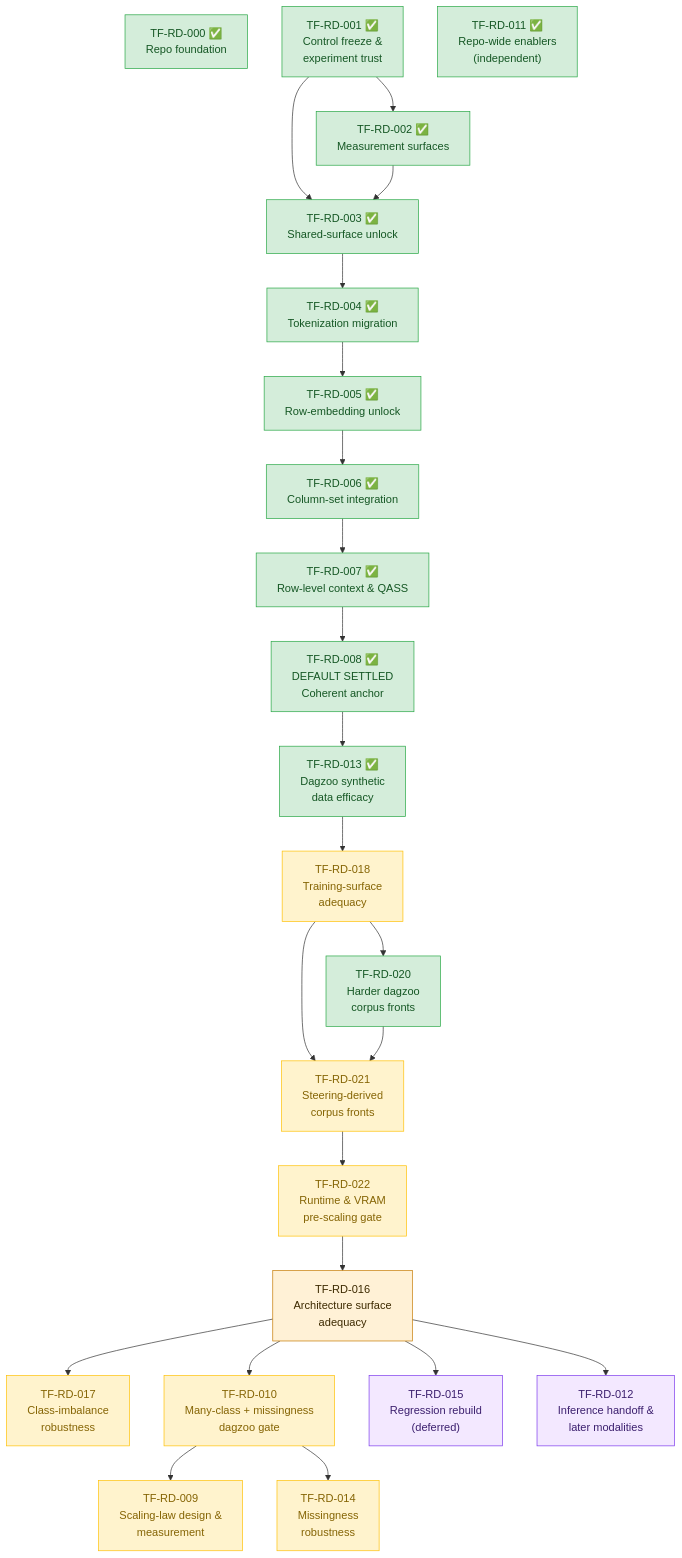
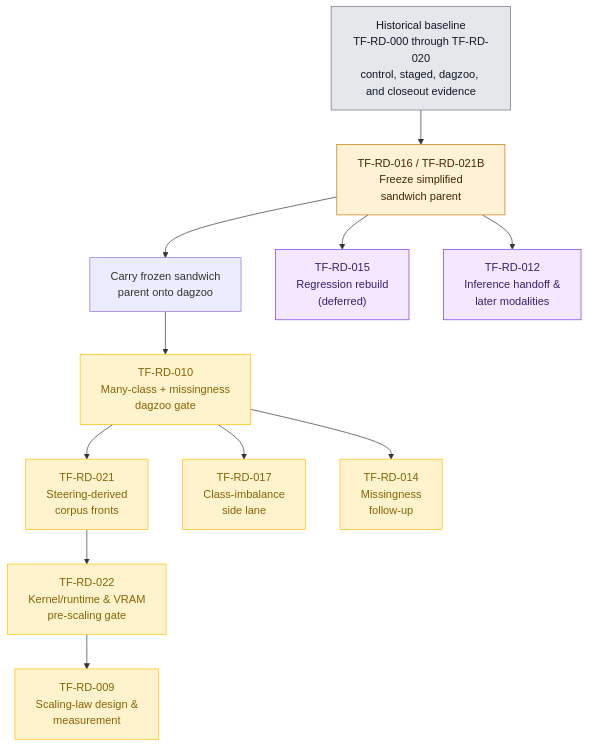
Before and after one commit to bensonlee5/tab-foundry: the diagram in docs/development/roadmap.md, drawn with Mermaid. The commit also changed other lines of this file and 8 other files, not shown here.

Commit message:
refresh roadmap and update model architecture pages

````diff
--- a/docs/development/roadmap.md
+++ b/docs/development/roadmap.md
@@ -185,60 +150,35 @@
 ```mermaid
 flowchart TD
-    RD000["TF-RD-000 ✅<br/>Repo foundation"]
-
-    RD001["TF-RD-001 ✅<br/>Control freeze &<br/>experiment trust"]
-    RD002["TF-RD-002 ✅<br/>Measurement surfaces"]
-    RD011["TF-RD-011 ✅<br/>Repo-wide enablers<br/>(independent)"]
-
-    RD003["TF-RD-003 ✅<br/>Shared-surface unlock"]
-    RD004["TF-RD-004 ✅<br/>Tokenization migration"]
-    RD005["TF-RD-005 ✅<br/>Row-embedding unlock"]
-    RD006["TF-RD-006 ✅<br/>Column-set integration"]
-    RD007["TF-RD-007 ✅<br/>Row-level context & QASS"]
-    RD008["TF-RD-008 ✅<br/>DEFAULT SETTLED<br/>Coherent anchor"]
-    RD013["TF-RD-013 ✅<br/>Dagzoo synthetic<br/>data efficacy"]
-    RD018["TF-RD-018<br/>Training-surface<br/>adequacy"]
-    RD020["TF-RD-020<br/>Harder dagzoo<br/>corpus fronts"]
+    HIST["Historical baseline<br/>TF-RD-000 through TF-RD-020<br/>control, staged, dagzoo, and closeout evidence"]
+    RD016["TF-RD-016 / TF-RD-021B<br/>Freeze simplified<br/>sandwich parent"]
+    DAG["Carry frozen sandwich<br/>parent onto dagzoo"]
+    RD010["TF-RD-010<br/>Many-class + missingness<br/>dagzoo gate"]
     RD021["TF-RD-021<br/>Steering-derived<br/>corpus fronts"]
-    RD022["TF-RD-022<br/>Runtime & VRAM<br/>pre-scaling gate"]
-    RD014["TF-RD-014<br/>Missingness<br/>robustness"]
-    RD017["TF-RD-017<br/>Class-imbalance<br/>robustness"]
-    RD016["TF-RD-016<br/>Architecture surface<br/>adequacy"]
-    RD010["TF-RD-010<br/>Many-class + missingness<br/>dagzoo gate"]
+    RD017["TF-RD-017<br/>Class-imbalance<br/>side lane"]
+    RD022["TF-RD-022<br/>Kernel/runtime & VRAM<br/>pre-scaling gate"]
+    RD014["TF-RD-014<br/>Missingness<br/>follow-up"]
     RD015["TF-RD-015<br/>Regression rebuild<br/>(deferred)"]
     RD012["TF-RD-012<br/>Inference handoff &<br/>later modalities"]
     RD009["TF-RD-009<br/>Scaling-law design &<br/>measurement"]
 
-    RD001 --> RD002
-    RD001 --> RD003
-    RD002 --> RD003
-    RD003 --> RD004
-    RD004 --> RD005
-    RD005 --> RD006
-    RD006 --> RD007
-    RD007 --> RD008
-    RD008 --> RD013
-    RD013 --> RD018
-    RD018 --> RD020
-    RD018 --> RD021
-    RD020 --> RD021
+    HIST --> RD016
+    RD016 --> DAG
+    DAG --> RD010
+    RD010 --> RD021
+    RD010 --> RD014
+    RD010 --> RD017
     RD021 --> RD022
-    RD022 --> RD016
-    RD016 --> RD010
-    RD010 --> RD009
-    RD010 --> RD014
-    RD016 --> RD017
+    RD022 --> RD009
     RD016 --> RD015
     RD016 --> RD012
 
-    classDef done fill:#d4edda,stroke:#28a745,color:#155724;
+    classDef hist fill:#e5e7eb,stroke:#6b7280,color:#111827;
     classDef readyNow fill:#fff3cd,stroke:#ffc107,color:#856404;
-    classDef now fill:#fce4ec,stroke:#e91e63,color:#880e4f;
     classDef gate fill:#fff1d6,stroke:#c67a00,color:#3d2a00;
     classDef later fill:#f3e8ff,stroke:#7c3aed,color:#3b1f6e;
 
-    class RD000,RD001,RD002,RD003,RD004,RD005,RD006,RD007,RD008,RD011,RD013,RD020 done;
-    class RD009,RD018,RD021,RD022,RD014,RD017,RD010 readyNow;
+    class HIST hist;
+    class RD009,RD021,RD022,RD014,RD017,RD010 readyNow;
     class RD016 gate;
     class RD012,RD015 later;
 ```
````
